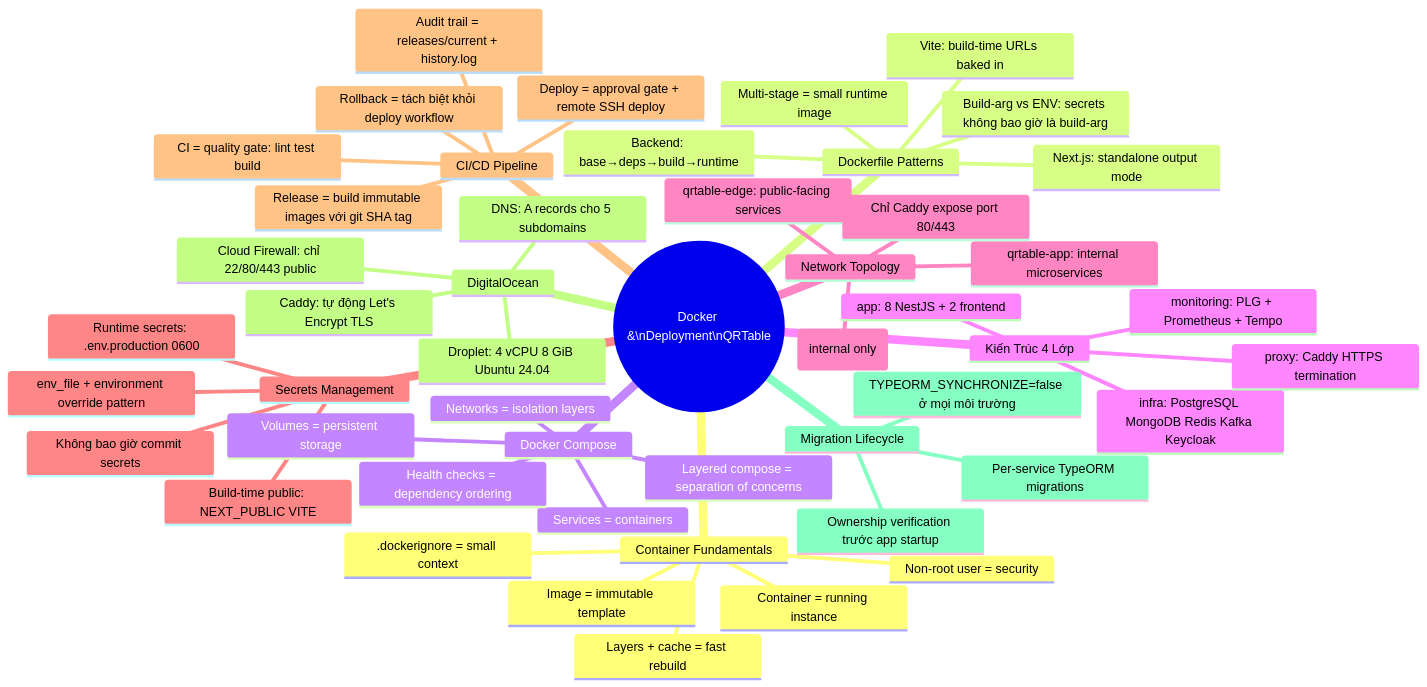
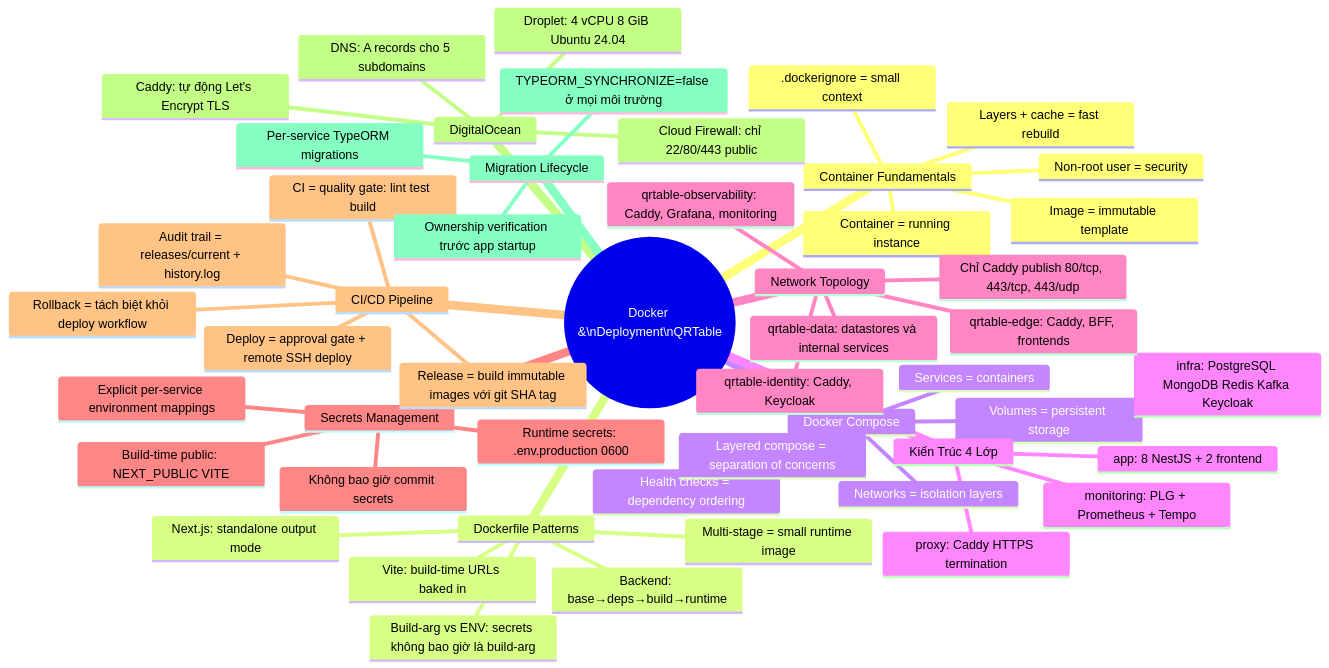
One commit to quan-vo-dinh/saas-pos-microservices-qrtable changed the fourth of 4 diagrams in docs/guides/docker-deployment-cicd-qrtable.vi.md. Above: the diagram before and after it, drawn with Mermaid. The commit also changed other lines of this file and 10 other files, not shown here.

````diff
--- a/docs/guides/docker-deployment-cicd-qrtable.vi.md
+++ b/docs/guides/docker-deployment-cicd-qrtable.vi.md
@@ -2640,52 +2695,53 @@
 ```mermaid
 mindmap
   root((Docker &\nDeployment\nQRTable))
     Container Fundamentals
       Image = immutable template
       Container = running instance
       Layers + cache = fast rebuild
       Non-root user = security
       .dockerignore = small context
     Dockerfile Patterns
       Multi-stage = small runtime image
       Backend: base→deps→build→runtime
       Next.js: standalone output mode
       Vite: build-time URLs baked in
       Build-arg vs ENV: secrets không bao giờ là build-arg
     Docker Compose
       Services = containers
       Networks = isolation layers
       Volumes = persistent storage
       Health checks = dependency ordering
       Layered compose = separation of concerns
     Kiến Trúc 4 Lớp
       infra: PostgreSQL MongoDB Redis Kafka Keycloak
       app: 8 NestJS + 2 frontend
       proxy: Caddy HTTPS termination
       monitoring: PLG + Prometheus + Tempo
     Network Topology
-      qrtable-edge: public-facing services
-      qrtable-app: internal microservices
-      qrtable-infra: databases (internal only)
-      Chỉ Caddy expose port 80/443
+      qrtable-edge: Caddy, BFF, frontends
+      qrtable-identity: Caddy, Keycloak
+      qrtable-observability: Caddy, Grafana, monitoring
+      qrtable-data: datastores và internal services
+      Chỉ Caddy publish 80/tcp, 443/tcp, 443/udp
     Secrets Management
       Build-time public: NEXT_PUBLIC VITE
       Runtime secrets: .env.production 0600
       Không bao giờ commit secrets
-      env_file + environment override pattern
+      Explicit per-service environment mappings
     CI/CD Pipeline
       CI = quality gate: lint test build
       Release = build immutable images với git SHA tag
       Deploy = approval gate + remote SSH deploy
       Rollback = tách biệt khỏi deploy workflow
       Audit trail = releases/current + history.log
     DigitalOcean
       Droplet: 4 vCPU 8 GiB Ubuntu 24.04
       Cloud Firewall: chỉ 22/80/443 public
       DNS: A records cho 5 subdomains
       Caddy: tự động Let's Encrypt TLS
     Migration Lifecycle
       TYPEORM_SYNCHRONIZE=false ở mọi môi trường
       Per-service TypeORM migrations
       Ownership verification trước app startup
 ```
````
